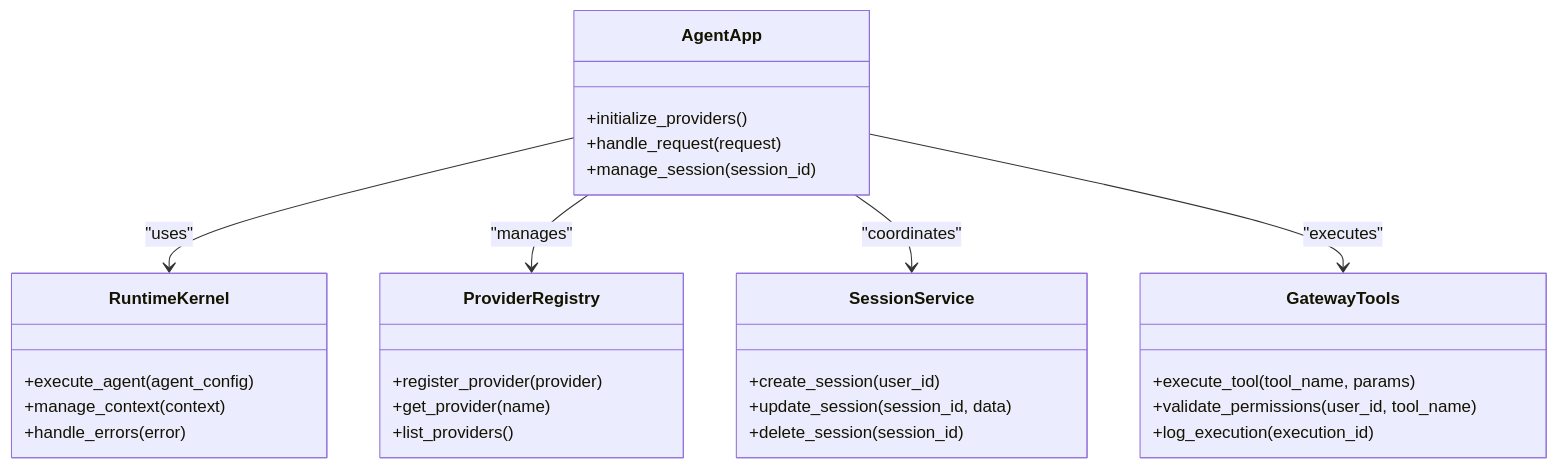
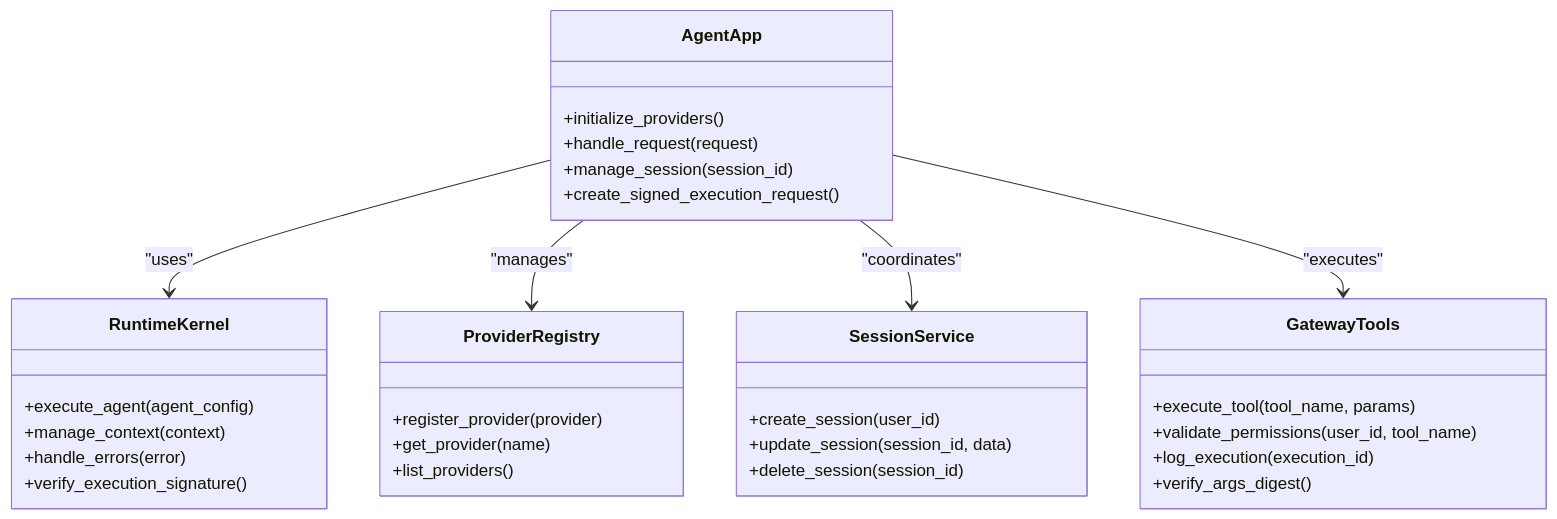
One commit to metasync/luban-aiops changed the third of 8 diagrams in .qoder/repowiki/en/content/Project Overview.md. Above: the diagram before and after it, drawn with Mermaid. The commit also changed other lines of this file and 4 other files, not shown here.

````diff
--- a/.qoder/repowiki/en/content/Project Overview.md
+++ b/.qoder/repowiki/en/content/Project Overview.md
@@ -188,32 +204,35 @@
 ```mermaid
 classDiagram
 class AgentApp {
 +initialize_providers()
 +handle_request(request)
 +manage_session(session_id)
++create_signed_execution_request()
 }
 class RuntimeKernel {
 +execute_agent(agent_config)
 +manage_context(context)
 +handle_errors(error)
++verify_execution_signature()
 }
 class ProviderRegistry {
 +register_provider(provider)
 +get_provider(name)
 +list_providers()
 }
 class SessionService {
 +create_session(user_id)
 +update_session(session_id, data)
 +delete_session(session_id)
 }
 class GatewayTools {
 +execute_tool(tool_name, params)
 +validate_permissions(user_id, tool_name)
 +log_execution(execution_id)
++verify_args_digest()
 }
 AgentApp --> RuntimeKernel : "uses"
 AgentApp --> ProviderRegistry : "manages"
 AgentApp --> SessionService : "coordinates"
 AgentApp --> GatewayTools : "executes"
 ```
````
